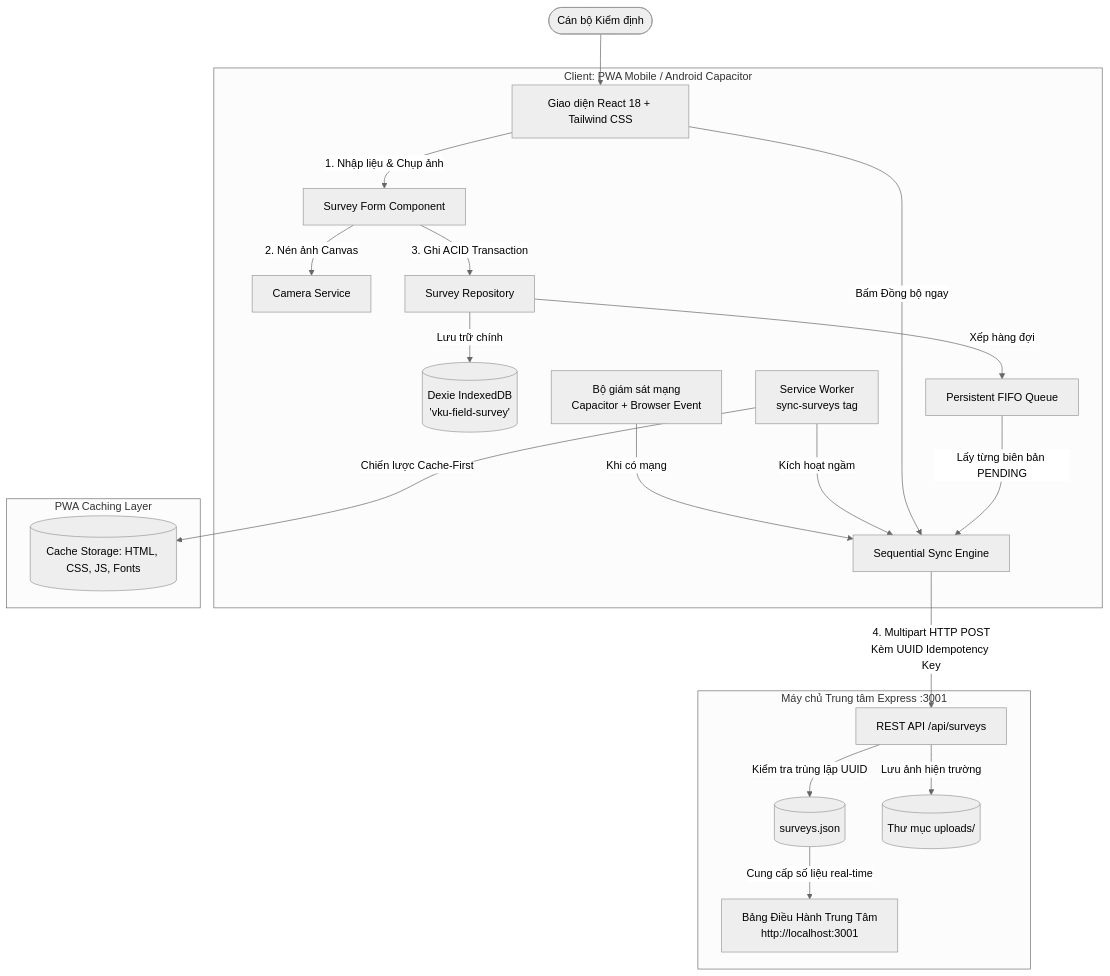
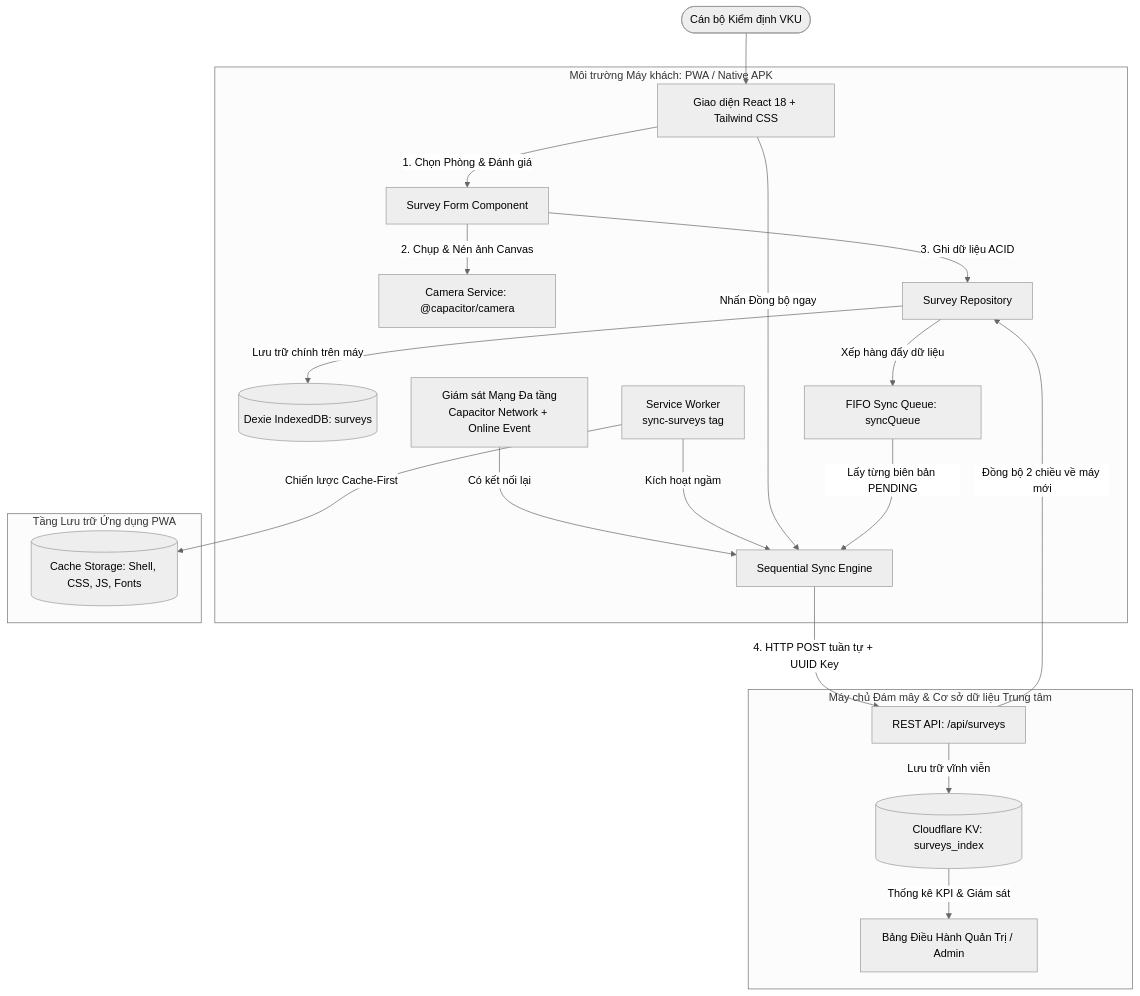
Before and after one commit to CAMLC25/camle-vku-field-survey: the diagram in TECHNICAL_REPORT.md, drawn with Mermaid (neutral theme). The commit also changed other lines of this file and 3 other files, not shown here.

````diff
--- a/TECHNICAL_REPORT.md
+++ b/TECHNICAL_REPORT.md
@@ -40,29 +45,29 @@
 ```mermaid
 flowchart TD
-    Inspector([Cán bộ Kiểm định]) --> UI[Giao diện React 18 + Tailwind CSS]
+    Inspector([Cán bộ Kiểm định VKU]) --> UI[Giao diện React 18 + Tailwind CSS]
 
-    subgraph Client [Client: PWA Mobile / Android Capacitor]
-        UI -->|1. Nhập liệu & Chụp ảnh| Form[Survey Form Component]
-        Form -->|2. Nén ảnh Canvas| Cam[Camera Service]
-        Form -->|3. Ghi ACID Transaction| Repo[Survey Repository]
-        Repo -->|Lưu trữ chính| IDB[(Dexie IndexedDB\n'vku-field-survey')]
-        Repo -->|Xếp hàng đợi| Queue[Persistent FIFO Queue]
+    subgraph Client [Môi trường Máy khách: PWA / Native APK]
+        UI -->|1. Chọn Phòng & Đánh giá| Form[Survey Form Component]
+        Form -->|2. Chụp & Nén ảnh Canvas| Cam[Camera Service: @capacitor/camera]
+        Form -->|3. Ghi dữ liệu ACID| Repo[Survey Repository]
+        Repo -->|Lưu trữ chính trên máy| IDB[(Dexie IndexedDB: surveys)]
+        Repo -->|Xếp hàng đẩy dữ liệu| Queue[FIFO Sync Queue: syncQueue]
 
-        NetListener[Bộ giám sát mạng\nCapacitor + Browser Event] -->|Khi có mạng| SyncEngine[Sequential Sync Engine]
+        NetListener[Giám sát Mạng Đa tầng\nCapacitor Network + Online Event] -->|Có kết nối lại| SyncEngine[Sequential Sync Engine]
         SW[Service Worker\nsync-surveys tag] -->|Kích hoạt ngầm| SyncEngine
-        UI -->|Bấm Đồng bộ ngay| SyncEngine
+        UI -->|Nhấn Đồng bộ ngay| SyncEngine
 
         Queue -->|Lấy từng biên bản PENDING| SyncEngine
     end
 
-    subgraph CacheLayer [PWA Caching Layer]
-        SW -->|Chiến lược Cache-First| CacheStorage[(Cache Storage: HTML, CSS, JS, Fonts)]
+    subgraph CacheLayer [Tầng Lưu trữ Ứng dụng PWA]
+        SW -->|Chiến lược Cache-First| CacheStorage[(Cache Storage: Shell, CSS, JS, Fonts)]
     end
 
-    subgraph ServerBackend [Máy chủ Trung tâm Express :3001]
-        SyncEngine -->|4. Multipart HTTP POST\nKèm UUID Idempotency Key| API[REST API /api/surveys]
-        API -->|Kiểm tra trùng lặp UUID| ServerDB[(surveys.json)]
-        API -->|Lưu ảnh hiện trường| DiskUploads[(Thư mục uploads/)]
-        ServerDB -->|Cung cấp số liệu real-time| AdminDash[Bảng Điều Hành Trung Tâm\nhttp://localhost:3001]
+    subgraph CloudBackend [Máy chủ Đám mây & Cơ sở dữ liệu Trung tâm]
+        SyncEngine -->|4. HTTP POST tuần tự + UUID Key| CloudAPI[REST API: /api/surveys]
+        CloudAPI -->|Lưu trữ vĩnh viễn| KV[(Cloudflare KV: surveys_index)]
+        CloudAPI -->|Đồng bộ 2 chiều về máy mới| Repo
+        KV -->|Thống kê KPI & Giám sát| AdminDash[Bảng Điều Hành Quản Trị / Admin]
     end
 ```
````
